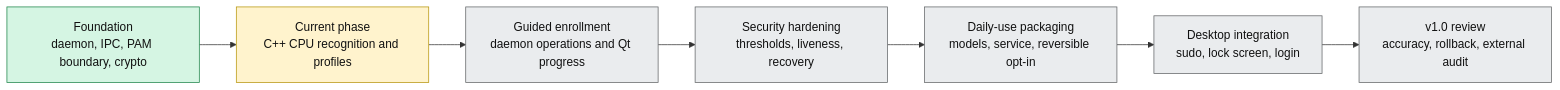
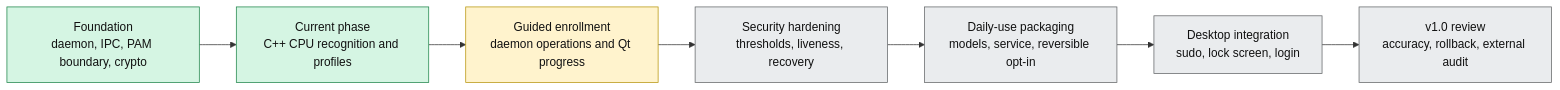
The second of 5 diagrams in README.md (justneeraj12/face-unlock-linux), drawn with Mermaid before and after one commit. The commit also changed other lines of this file and 20 other files, not shown here.

````diff
--- a/README.md
+++ b/README.md
@@ -99,17 +99,18 @@
 ```mermaid
 flowchart LR
     Foundation["Foundation<br/>daemon, IPC, PAM boundary, crypto"] --> Runtime["Current phase<br/>C++ CPU recognition and profiles"]
     Runtime --> Enrollment["Guided enrollment<br/>daemon operations and Qt progress"]
     Enrollment --> Hardening["Security hardening<br/>thresholds, liveness, recovery"]
     Hardening --> Packaging["Daily-use packaging<br/>models, service, reversible opt-in"]
     Packaging --> Integration["Desktop integration<br/>sudo, lock screen, login"]
     Integration --> Stable["v1.0 review<br/>accuracy, rollback, external audit"]
 
     classDef complete fill:#d5f5e3,stroke:#1e8449,color:#111
     classDef active fill:#fff3cd,stroke:#b7950b,color:#111
     classDef planned fill:#eaecee,stroke:#626567,color:#111
 
     class Foundation complete
-    class Runtime active
-    class Enrollment,Hardening,Packaging,Integration,Stable planned
+    class Runtime complete
+    class Enrollment active
+    class Hardening,Packaging,Integration,Stable planned
 ```
````
